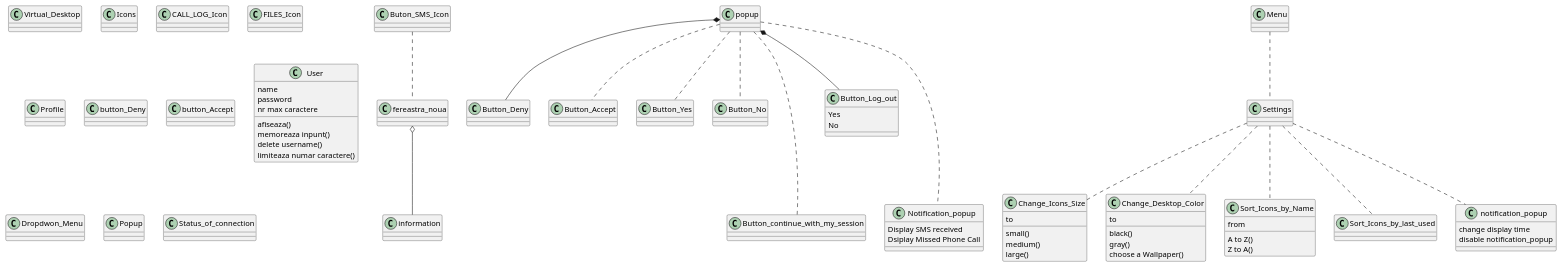
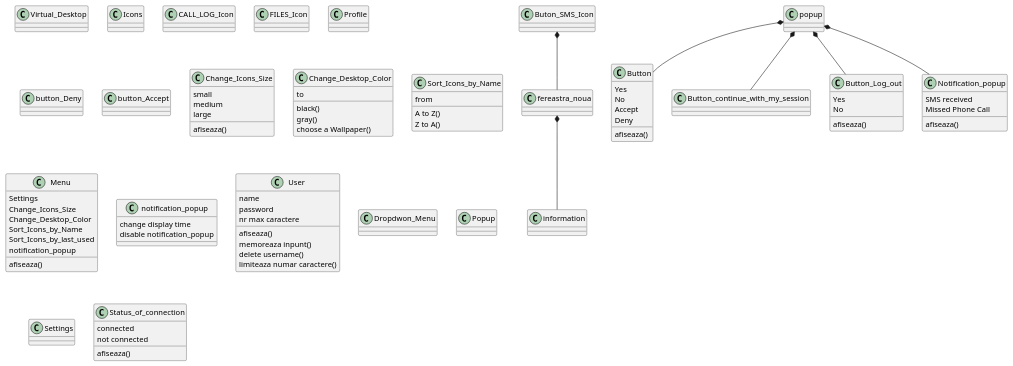
Before and after one commit to ofrasia/Remote_Phone_App_1: the diagram in Class Diagram.puml, drawn with PlantUML.

Commit message:
Class Diagram update

```diff
--- a/Class Diagram.puml
+++ b/Class Diagram.puml
@@ -1,93 +1,104 @@
 @startuml
 class Virtual_Desktop {
 }
 class Icons {
 }
 class Buton_SMS_Icon {
 }
 class CALL_LOG_Icon {
 }
 class FILES_Icon {
 }
 class Profile {
 }
 class button_Deny {
 }
 class button_Accept
-popup *-- Button_Deny
-popup .. Button_Accept
-popup .. Button_Yes
-popup .. Button_No
-popup -.- Button_continue_with_my_session
+popup *-- Button
+popup *-- Button_continue_with_my_session
 popup *-- Button_Log_out
-popup -.- Notification_popup
+popup *-- Notification_popup
 
 class Button_Log_out {
+afiseaza()
 Yes
 No
 }
 
 class Change_Icons_Size {
-to
-small()
-medium()
-large()
+small
+medium
+large
+afiseaza()
 }
 
 class Change_Desktop_Color {
 to
 black()
 gray()
 choose a Wallpaper()
 }
 
 class Sort_Icons_by_Name {
 from
 A to Z()
 Z to A()
 }
 
-Menu .. Settings
-Settings .. Change_Icons_Size
-Settings .. Change_Desktop_Color
-Settings .. Sort_Icons_by_Name
-Settings .. Sort_Icons_by_last_used
-Settings .. notification_popup
+class Menu{
+Settings
+afiseaza()
+Change_Icons_Size
+Change_Desktop_Color
+Sort_Icons_by_Name
+Sort_Icons_by_last_used
+notification_popup
+}
+
 
 class notification_popup {
 change display time
 disable notification_popup
 }
 
 class User {
 name
 password
 nr max caractere
 afiseaza()
 memoreaza inpunt()
 delete username()
 limiteaza numar caractere()
 }
 class Dropdwon_Menu {
 }
 class Popup {
+
 }
 class Settings {
 }
 class Status_of_connection {
+connected
+not connected
+afiseaza()
 }
 class fereastra_noua {
 }
-class Button_Yes {
+class Button {
+Yes
+No
+Accept
+Deny
+afiseaza()
 }
-class Button_No {
-}
+
 class Notification_popup {
-Display SMS received
-Dsiplay Missed Phone Call
+SMS received
+Missed Phone Call
+afiseaza()
 }
 class information
-fereastra_noua o-- information
-Buton_SMS_Icon.. fereastra_noua
+fereastra_noua *-- information
+Buton_SMS_Icon *-- fereastra_noua
 
 @enduml
```
